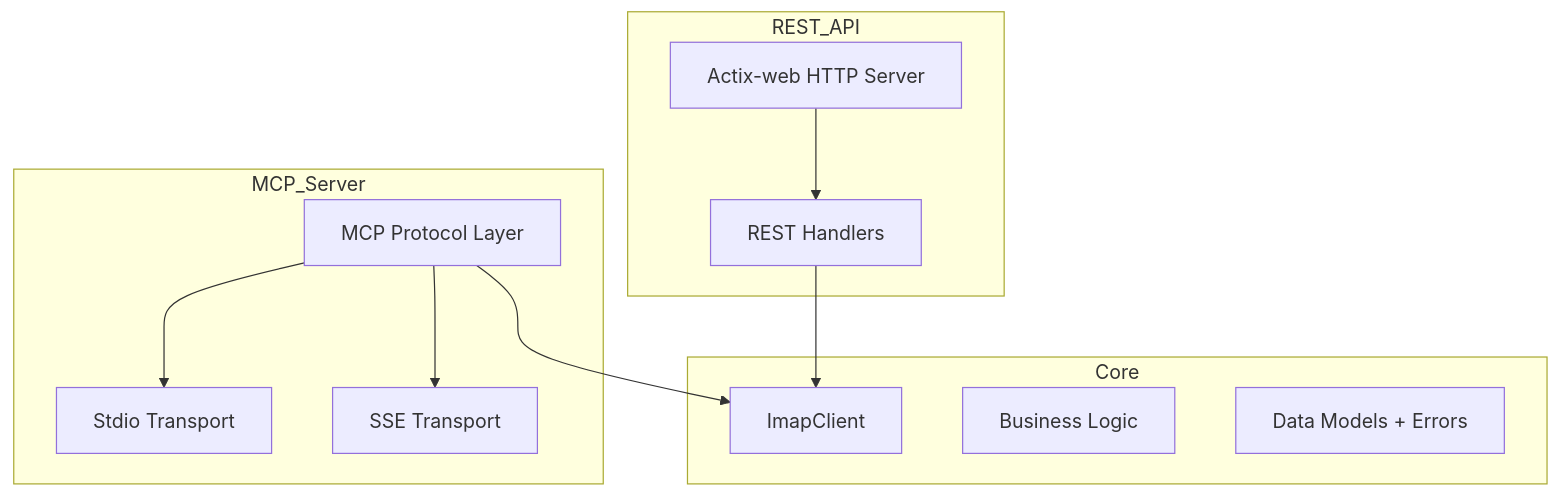
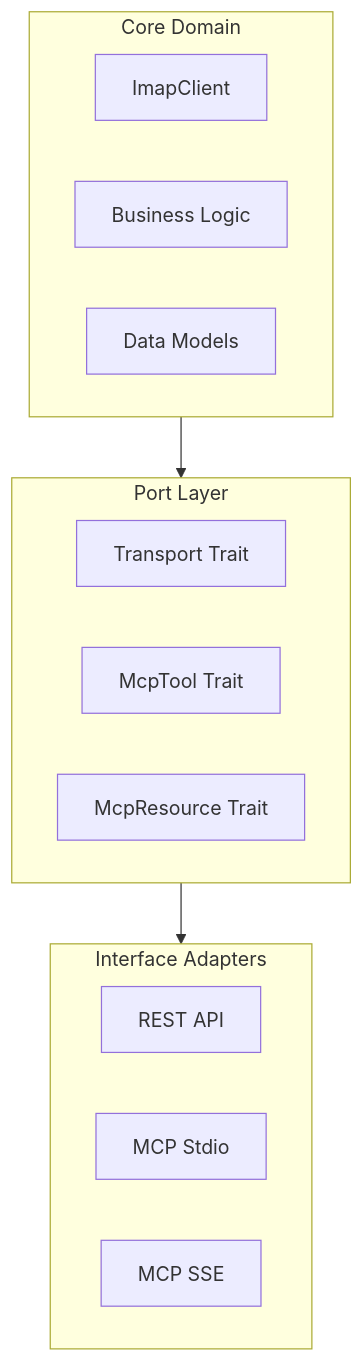
Before and after one commit to TexasFortress-AI/RustyMail: the diagram in docs/system_info.md, drawn with Mermaid. The commit also changed other lines of this file and 90 other files, not shown here.

````diff
--- a/docs/system_info.md
+++ b/docs/system_info.md
@@ -198,21 +18,23 @@
 ```mermaid
 flowchart TD
-    subgraph Core
-        C1[ImapClient<S>]
+    subgraph Core[Core Domain]
+        C1[ImapClient]
         C2[Business Logic]
-        C3[Data Models + Errors]
+        C3[Data Models]
     end
 
-    subgraph REST_API
-        R1[Actix-web HTTP Server]
-        R1 --> R2[REST Handlers]
-        R2 --> C1
+    subgraph Ports[Port Layer]
+        P1[Transport Trait]
+        P2[McpTool Trait]
+        P3[McpResource Trait]
     end
 
-    subgraph MCP_Server
-        M1[MCP Protocol Layer]
-        M1 --> M2[Stdio Transport]
-        M1 --> M3[SSE Transport]
-        M1 --> C1
+    subgraph Adapters[Interface Adapters]
+        A1[REST API]
+        A2[MCP Stdio]
+        A3[MCP SSE]
     end
+
+    Core --> Ports
+    Ports --> Adapters
 ```
````
